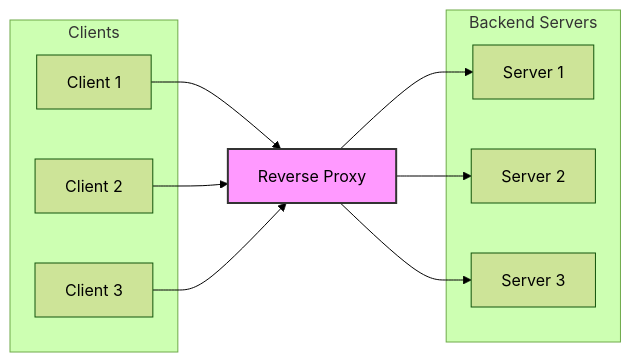
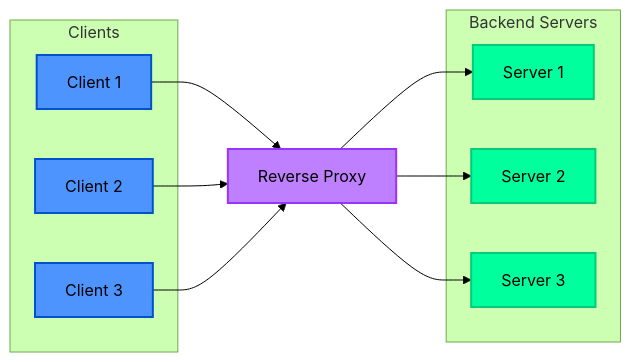
One commit to E4M9i/blogv1 changed the second of 2 diagrams in _posts/2024-11-21-forward-vs-reverse-proxy.md. Above: the diagram before and after it, drawn with Mermaid (forest theme). The commit also changed other lines of this file and 1 other file, not shown here.

````diff
--- a/_posts/2024-11-21-forward-vs-reverse-proxy.md
+++ b/_posts/2024-11-21-forward-vs-reverse-proxy.md
@@ -52,25 +61,31 @@
 ```mermaid
 graph LR
     subgraph Clients
         C1[Client 1]
         C2[Client 2]
         C3[Client 3]
     end
     
     RP[Reverse Proxy]
     
     subgraph Backend Servers
         S1[Server 1]
         S2[Server 2]
         S3[Server 3]
     end
     
     C1 --> RP
     C2 --> RP
     C3 --> RP
     RP --> S1
     RP --> S2
     RP --> S3
 
-    style RP fill:#f9f,stroke:#333,stroke-width:2px
+    style C1 fill:#4d94ff,stroke:#0052cc,stroke-width:2px
+    style C2 fill:#4d94ff,stroke:#0052cc,stroke-width:2px 
+    style C3 fill:#4d94ff,stroke:#0052cc,stroke-width:2px
+    style S1 fill:#00ff9d,stroke:#00cc7a,stroke-width:2px
+    style S2 fill:#00ff9d,stroke:#00cc7a,stroke-width:2px
+    style S3 fill:#00ff9d,stroke:#00cc7a,stroke-width:2px
+    style RP fill:#bf80ff,stroke:#9933ff,stroke-width:2px
 ```
````
